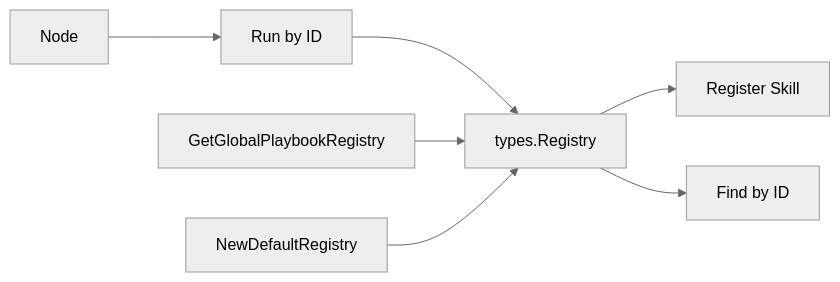
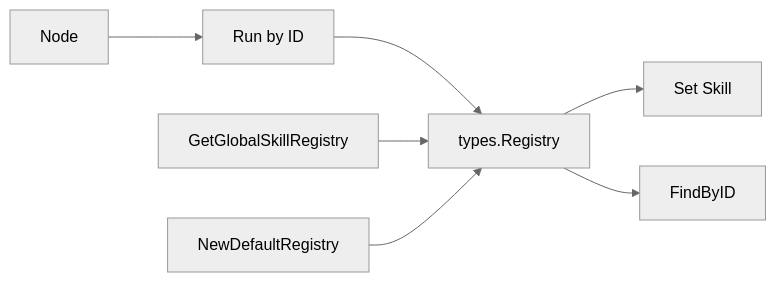
Before and after one commit to dracory/ork: the fifth of 13 diagrams in docs/livewiki/architecture.md, drawn with Mermaid (neutral theme). The commit also changed other lines of this file and 17 other files, not shown here.

Commit message:
docs: update documentation to reflect RunnableInterface refactoring, skill cloning concurrency model, and registry API changes

````diff
--- a/docs/livewiki/architecture.md
+++ b/docs/livewiki/architecture.md
@@ -261,9 +273,9 @@
 ```mermaid
 graph LR
-    A[types.Registry] --> B[Register Skill]
+    A[types.Registry] --> B[Set Skill]
     C[Node] --> D[Run by ID]
     D --> A
-    A --> E[Find by ID]
-    F[GetGlobalPlaybookRegistry] --> A
+    A --> E[FindByID]
+    F[GetGlobalSkillRegistry] --> A
     G[NewDefaultRegistry] --> A
 ```
````
